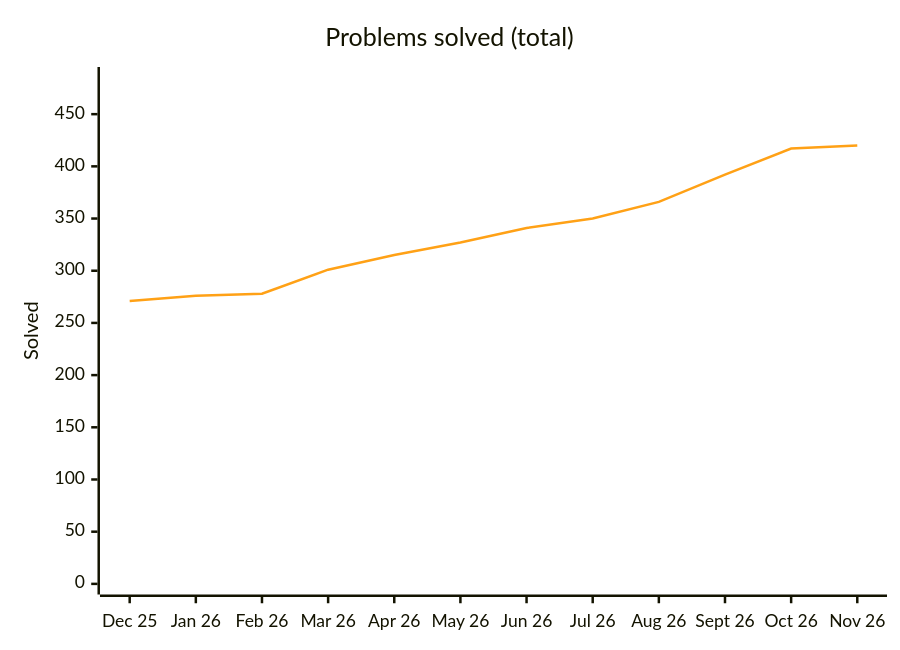
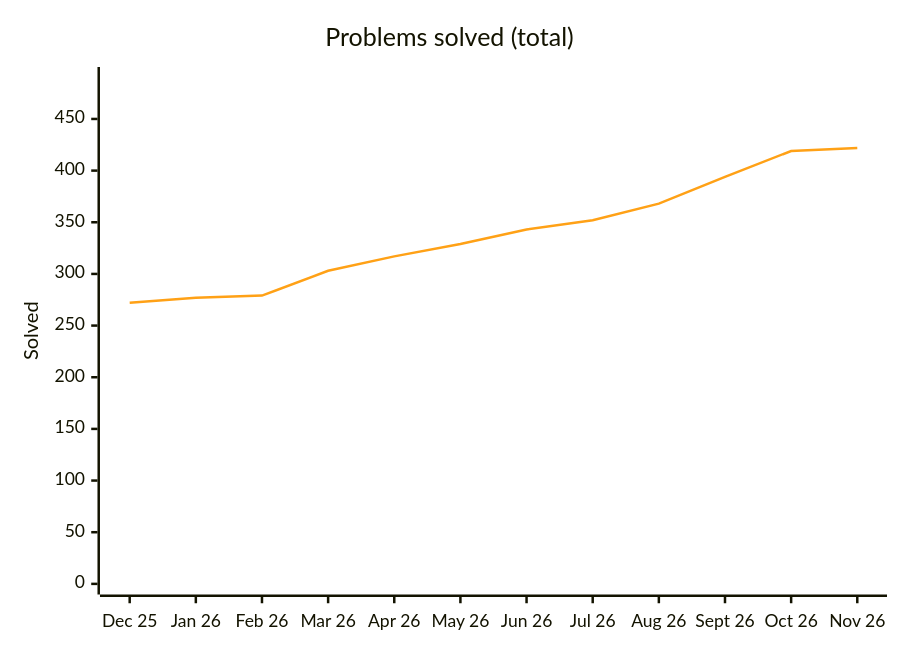
Before and after one commit to Ved-u/Java-DSA: the diagram in README.md, drawn with Mermaid. The commit also changed other lines of this file and 4 other files, not shown here.

````diff
--- a/README.md
+++ b/README.md
@@ -53,8 +53,8 @@
 ```mermaid
 %%{init: {"themeVariables": {"xyChart": {"plotColorPalette": "#ffa116"}}}}%%
 xychart-beta
     title "Problems solved (total)"
     x-axis ["Dec 25", "Jan 26", "Feb 26", "Mar 26", "Apr 26", "May 26", "Jun 26", "Jul 26", "Aug 26", "Sept 26", "Oct 26", "Nov 26"]
-    y-axis "Solved" 0 --> 485
-    line [271, 276, 278, 301, 315, 327, 341, 350, 366, 392, 417, 420]
+    y-axis "Solved" 0 --> 490
+    line [272, 277, 279, 303, 317, 329, 343, 352, 368, 394, 419, 422]
 ```
````
